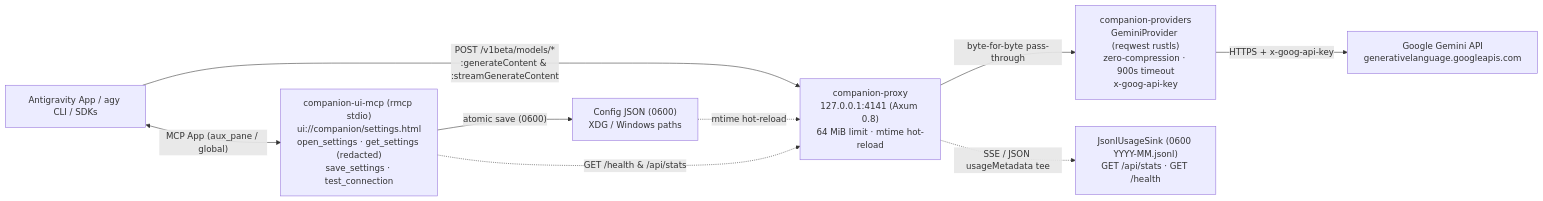
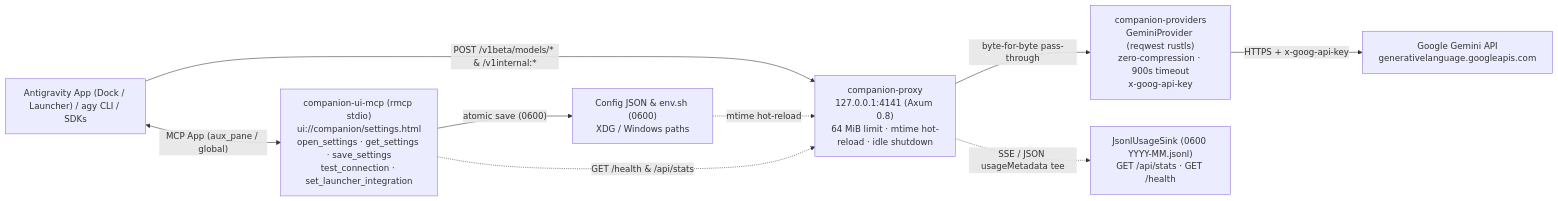
Before and after one commit to Jacksunwei/agy-companion: the diagram in README.md, drawn with Mermaid. The commit also changed other lines of this file and 27 other files, not shown here.

````diff
--- a/README.md
+++ b/README.md
@@ -10,19 +10,19 @@
 ```mermaid
 flowchart LR
-    Client["Antigravity App / agy CLI / SDKs"]
-    Proxy["companion-proxy<br/>127.0.0.1:4141 (Axum 0.8)<br/>64 MiB limit · mtime hot-reload"]
+    Client["Antigravity App (Dock / Launcher) / agy CLI / SDKs"]
+    Proxy["companion-proxy<br/>127.0.0.1:4141 (Axum 0.8)<br/>64 MiB limit · mtime hot-reload · idle shutdown"]
     Provider["companion-providers<br/>GeminiProvider (reqwest rustls)<br/>zero-compression · 900s timeout<br/>x-goog-api-key"]
     Gemini["Google Gemini API<br/>generativelanguage.googleapis.com"]
     Usage["JsonlUsageSink (0600 YYYY-MM.jsonl)<br/>GET /api/stats · GET /health"]
-    Mcp["companion-ui-mcp (rmcp stdio)<br/>ui://companion/settings.html<br/>open_settings · get_settings (redacted)<br/>save_settings · test_connection"]
-    Config["Config JSON (0600)<br/>XDG / Windows paths"]
+    Mcp["companion-ui-mcp (rmcp stdio)<br/>ui://companion/settings.html<br/>open_settings · get_settings · save_settings<br/>test_connection · set_launcher_integration"]
+    Config["Config JSON & env.sh (0600)<br/>XDG / Windows paths"]
 
-    Client -->|"POST /v1beta/models/*<br/>:generateContent & :streamGenerateContent"| Proxy
+    Client -->|"POST /v1beta/models/* & /v1internal:*"| Proxy
     Proxy -->|"byte-for-byte pass-through"| Provider
     Provider -->|"HTTPS + x-goog-api-key"| Gemini
     Proxy -.->|"SSE / JSON usageMetadata tee"| Usage
     Client <-->|"MCP App (aux_pane / global)"| Mcp
     Mcp -->|"atomic save (0600)"| Config
     Config -.->|"mtime hot-reload"| Proxy
     Mcp -.->|"GET /health & /api/stats"| Proxy
 ```
````
